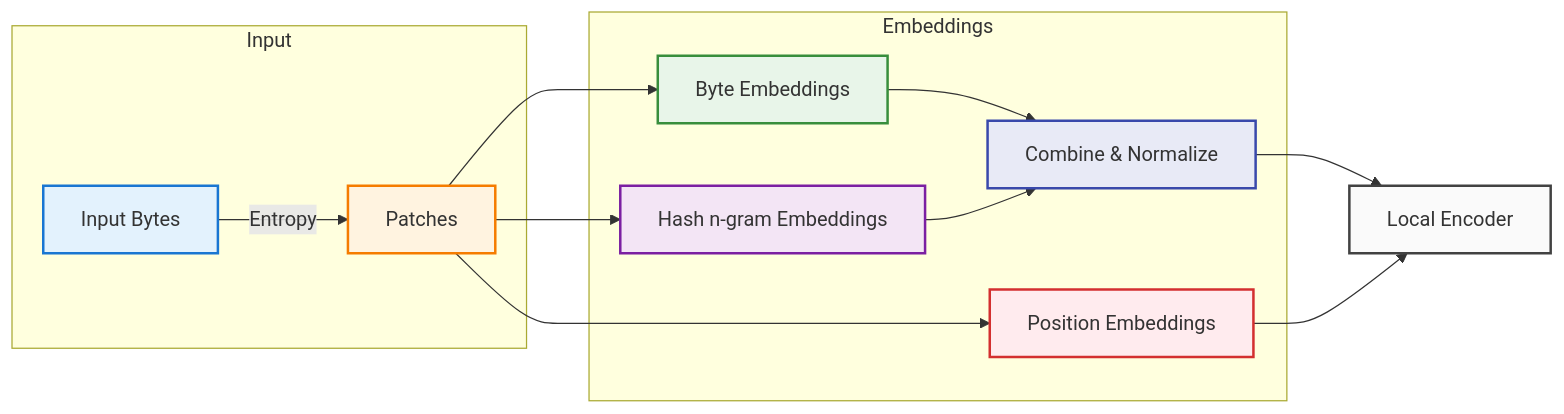
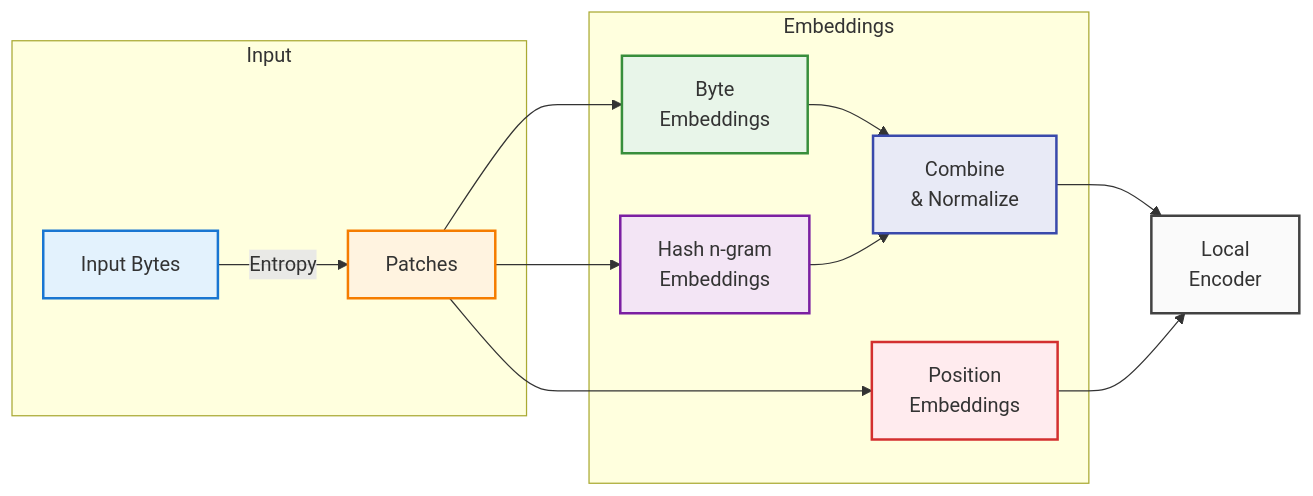
The first of 3 diagrams in blogger/content/blog/genai/inputs-to-byte-latent-transformer.md (sagarsrc/sagarsarkale.com), drawn with Mermaid before and after one commit. The commit also changed other lines of this file, not shown here.

Commit message:
[add] local encoder progress in blt

```diff
--- a/blogger/content/blog/genai/inputs-to-byte-latent-transformer.md
+++ b/blogger/content/blog/genai/inputs-to-byte-latent-transformer.md
@@ -63,26 +63,31 @@
 {{<mermaid>}}
 graph LR
     subgraph Input
         input[Input Bytes] --Entropy--> patches[Patches]
     end
 
     subgraph Embeddings
-        patches --> byte[Byte Embeddings]
-        patches --> hash[Hash n-gram Embeddings]
-        patches --> pos[Position Embeddings]
-        byte --> combine1[Combine & Normalize]
+        patches --> byte["Byte
+        Embeddings"]
+        patches --> hash["Hash n-gram
+        Embeddings"]
+        patches --> pos["Position
+        Embeddings"]
+        byte --> combine1["Combine
+        & Normalize"]
         hash --> combine1
     end
 
-    combine1 --> transformer[Local Encoder]
+    combine1 --> transformer["Local
+    Encoder"]
     pos --> transformer
 
     style input fill:#E3F2FD,stroke:#1976D2,stroke-width:2px
     style patches fill:#FFF3E0,stroke:#F57C00,stroke-width:2px
     style byte fill:#E8F5E9,stroke:#388E3C,stroke-width:2px
     style hash fill:#F3E5F5,stroke:#7B1FA2,stroke-width:2px
     style pos fill:#FFEBEE,stroke:#D32F2F,stroke-width:2px
     style combine1 fill:#E8EAF6,stroke:#3949AB,stroke-width:2px
     style transformer fill:#FAFAFA,stroke:#424242,stroke-width:2px
 
 {{</mermaid>}}
```
